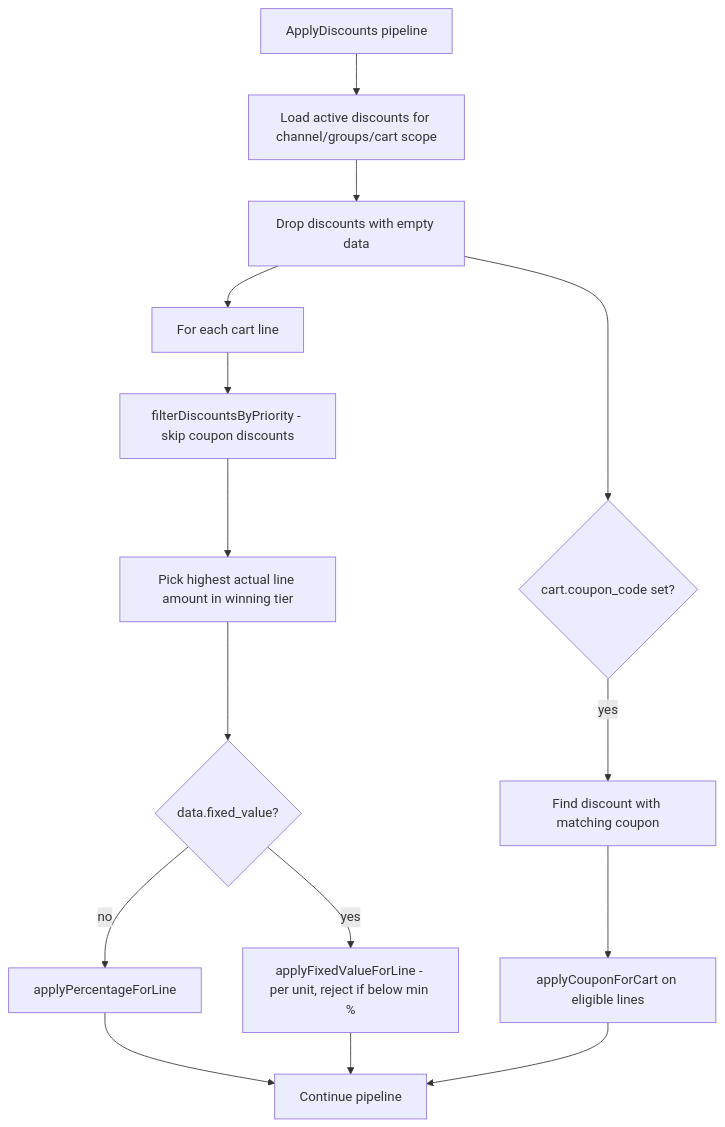
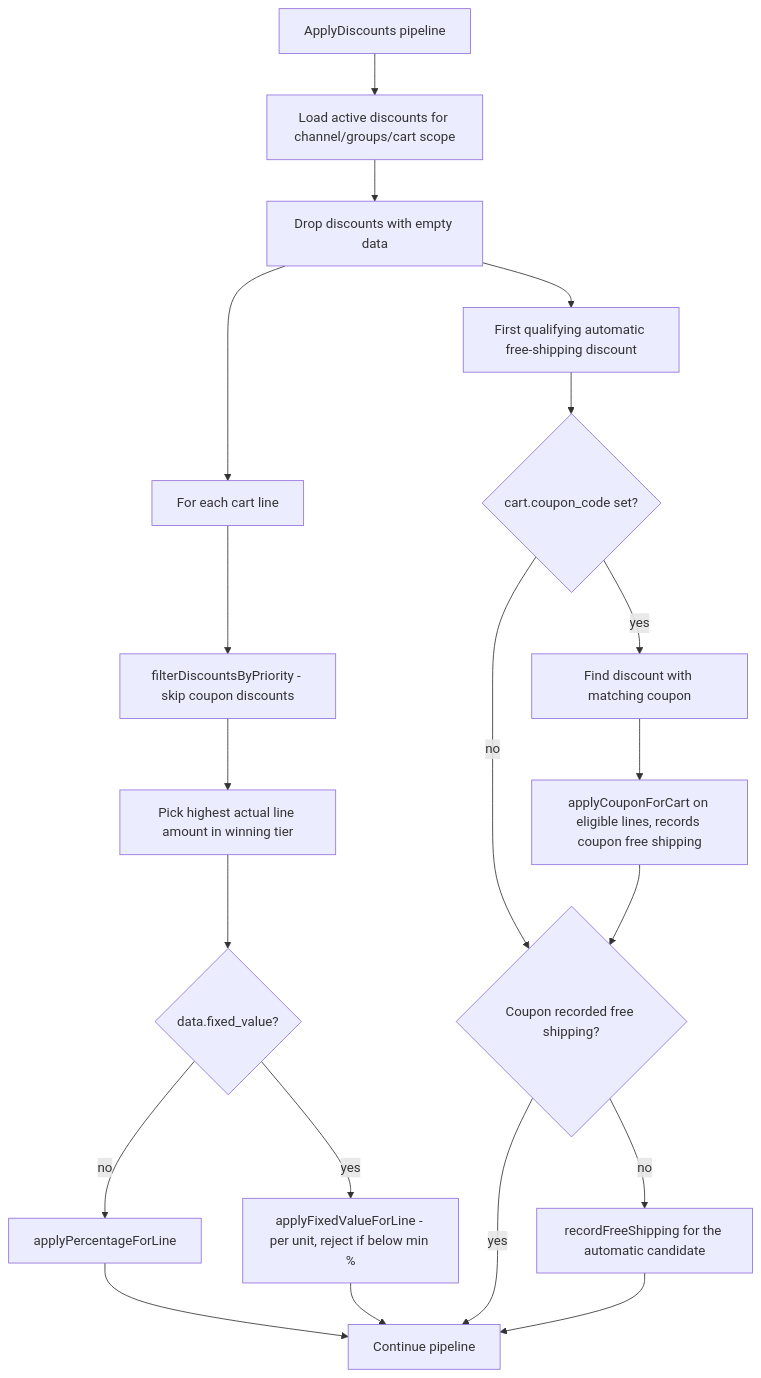
Before and after one commit to minicstudio/lunar: the second of 2 diagrams in docs/design/pricing_and_discounts.md, drawn with Mermaid. The commit also changed other lines of this file and 46 other files, not shown here.

First line of the commit message:
feat: LFP-863 add free shipping option to amount off discounts

````diff
--- a/docs/design/pricing_and_discounts.md
+++ b/docs/design/pricing_and_discounts.md
@@ -191,17 +216,22 @@
 ```mermaid
 flowchart TD
   Start[ApplyDiscounts pipeline] --> Load[Load active discounts for channel/groups/cart scope]
   Load --> Filter[Drop discounts with empty data]
   Filter --> Auto[For each cart line]
   Auto --> Priority[filterDiscountsByPriority - skip coupon discounts]
   Priority --> One[Pick highest actual line amount in winning tier]
   One --> Fixed{data.fixed_value?}
   Fixed -->|yes| FixedLineApply[applyFixedValueForLine - per unit, reject if below min %]
   Fixed -->|no| LineApply[applyPercentageForLine]
-  Filter --> Coupon{cart.coupon_code set?}
+  Filter --> AutoShip[First qualifying automatic free-shipping discount]
+  AutoShip --> Coupon{cart.coupon_code set?}
   Coupon -->|yes| Match[Find discount with matching coupon]
-  Match --> CartApply[applyCouponForCart on eligible lines]
+  Match --> CartApply[applyCouponForCart on eligible lines, records coupon free shipping]
+  Coupon -->|no| Record
+  CartApply --> Record{Coupon recorded free shipping?}
+  Record -->|no| RecordAuto[recordFreeShipping for the automatic candidate]
   LineApply --> Next[Continue pipeline]
   FixedLineApply --> Next
-  CartApply --> Next
+  Record -->|yes| Next
+  RecordAuto --> Next
 ```
````
